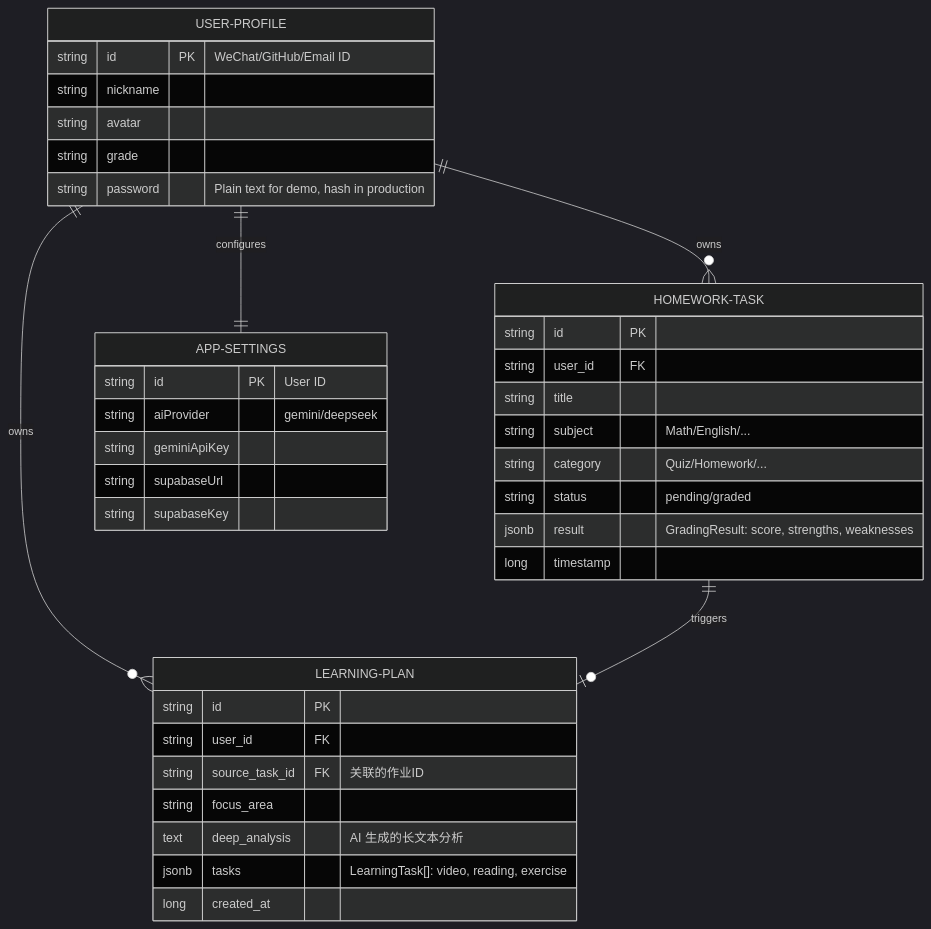
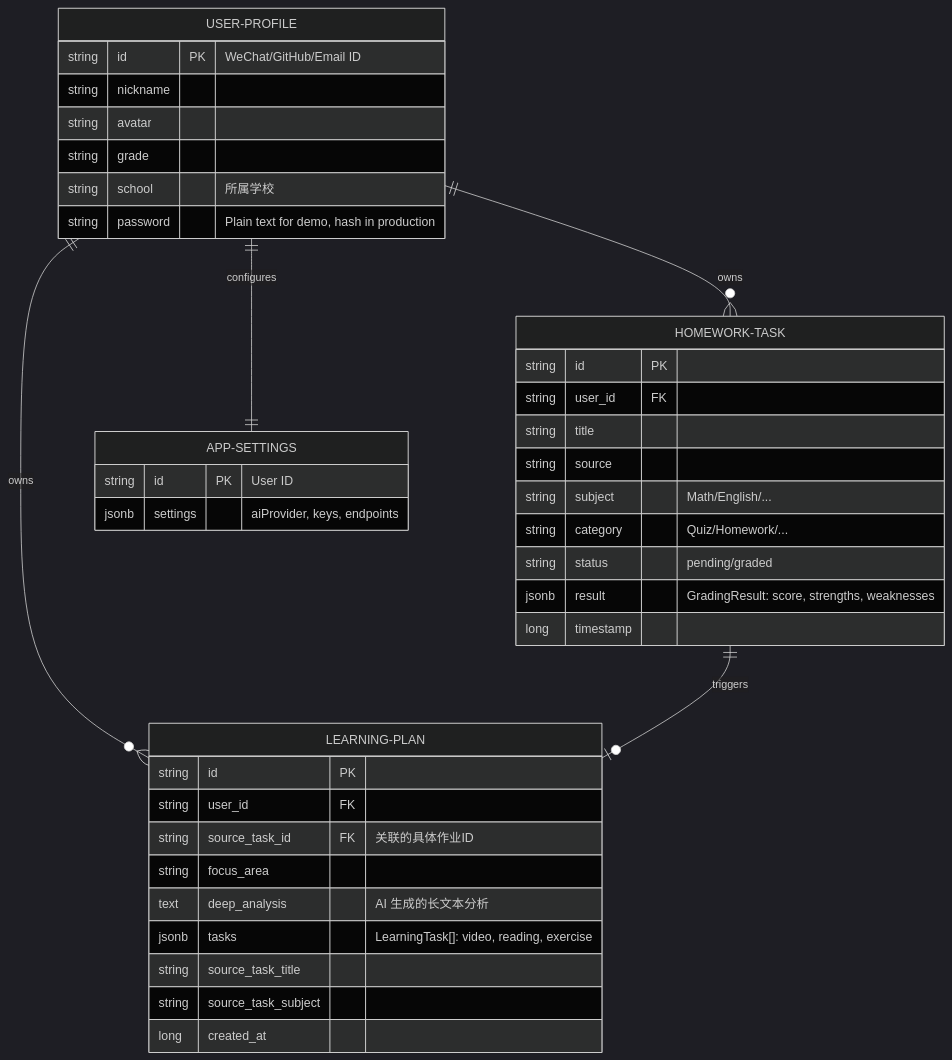
The second of 2 diagrams in README.md (yale-zhang/homeWorkTask), drawn with Mermaid (dark theme) before and after one commit. The commit also changed other lines of this file and 9 other files, not shown here.

````diff
--- a/README.md
+++ b/README.md
@@ -40,44 +45,45 @@
 ```mermaid
 erDiagram
     USER-PROFILE ||--o{ HOMEWORK-TASK : "owns"
     USER-PROFILE ||--o{ LEARNING-PLAN : "owns"
     USER-PROFILE ||--|| APP-SETTINGS : "configures"
     HOMEWORK-TASK ||--o| LEARNING-PLAN : "triggers"
     
     USER-PROFILE {
         string id PK "WeChat/GitHub/Email ID"
         string nickname
         string avatar
         string grade
+        string school "所属学校"
         string password "Plain text for demo, hash in production"
     }
 
     HOMEWORK-TASK {
         string id PK
         string user_id FK
         string title
+        string source
         string subject "Math/English/..."
         string category "Quiz/Homework/..."
         string status "pending/graded"
         jsonb result "GradingResult: score, strengths, weaknesses"
         long timestamp
     }
 
     LEARNING-PLAN {
         string id PK
         string user_id FK
-        string source_task_id FK "关联的作业ID"
+        string source_task_id FK "关联的具体作业ID"
         string focus_area
         text deep_analysis "AI 生成的长文本分析"
         jsonb tasks "LearningTask[]: video, reading, exercise"
+        string source_task_title
+        string source_task_subject
         long created_at
     }
 
     APP-SETTINGS {
         string id PK "User ID"
-        string aiProvider "gemini/deepseek"
-        string geminiApiKey
-        string supabaseUrl
-        string supabaseKey
+        jsonb settings "aiProvider, keys, endpoints"
     }
 ```
````
